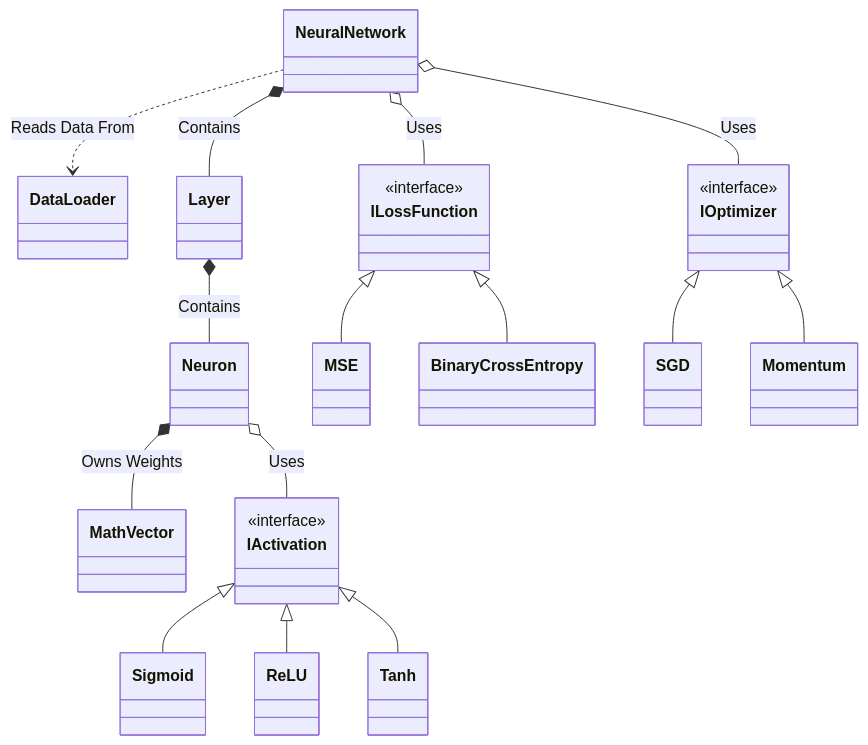
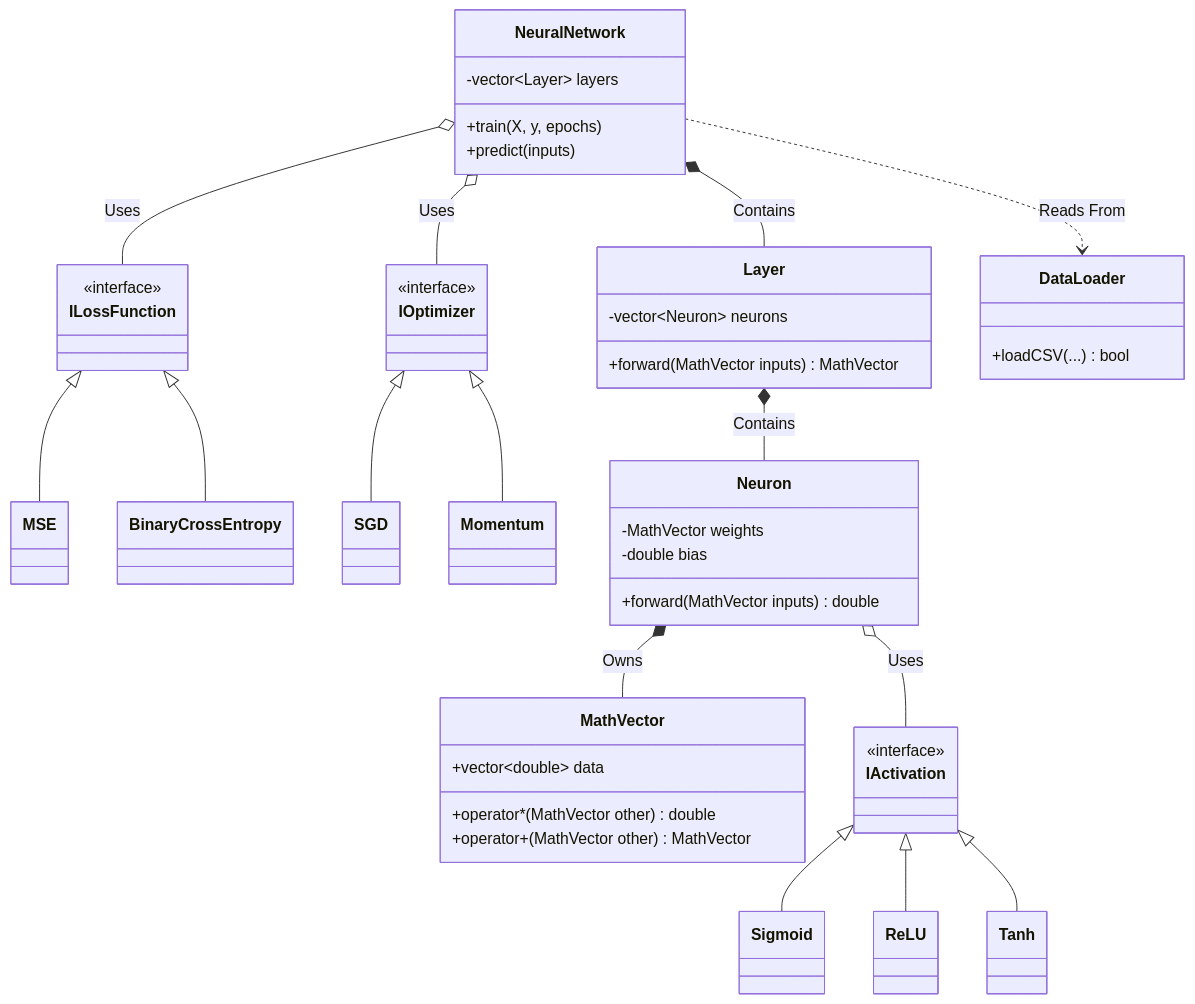
One commit to nomulabhargavachaitanya-gif/Mini_ANN-CPP changed the diagram in README.md. Above: the diagram before and after it, drawn with Mermaid. The commit also changed other lines of this file, not shown here.

Commit message:
Clean up UML diagrams

````diff
--- a/README.md
+++ b/README.md
@@ -10,43 +9,54 @@
 ```mermaid
 classDiagram
-    %% Core Classes 
-    class MathVector
-    class DataLoader
-    class Neuron
-    class Layer
-    class NeuralNetwork
-    
+    %% Core Math Data Structure
+    class MathVector {
+        +vector~double~ data
+        +operator*(MathVector other) double
+        +operator+(MathVector other) MathVector
+    }
+
     %% Interfaces (Polymorphism)
     class IActivation { <<interface>> }
     class ILossFunction { <<interface>> }
     class IOptimizer { <<interface>> }
-    
+
     %% Concrete Implementations
-    class Sigmoid
-    class ReLU
-    class Tanh
-    class MSE
-    class BinaryCrossEntropy
-    class SGD
-    class Momentum
-
-    %% Inheritance Relationships
     IActivation <|-- Sigmoid
     IActivation <|-- ReLU
     IActivation <|-- Tanh
-    
     ILossFunction <|-- MSE
     ILossFunction <|-- BinaryCrossEntropy
-    
     IOptimizer <|-- SGD
     IOptimizer <|-- Momentum
 
-    %% Structural Relationships
-    Neuron *-- MathVector : Owns Weights
+    %% Network Topology
+    class Neuron {
+        -MathVector weights
+        -double bias
+        +forward(MathVector inputs) double
+    }
+
+    class Layer {
+        -vector~Neuron~ neurons
+        +forward(MathVector inputs) MathVector
+    }
+
+    class NeuralNetwork {
+        -vector~Layer~ layers
+        +train(X, y, epochs)
+        +predict(inputs)
+    }
+
+    class DataLoader {
+        +loadCSV(...) bool
+    }
+
+    %% Relationships
+    Neuron *-- MathVector : Owns
     Neuron o-- IActivation : Uses
     Layer *-- Neuron : Contains
     NeuralNetwork *-- Layer : Contains
     NeuralNetwork o-- IOptimizer : Uses
     NeuralNetwork o-- ILossFunction : Uses
-    NeuralNetwork ..> DataLoader : Reads Data From
+    NeuralNetwork ..> DataLoader : Reads From
 ```
````
